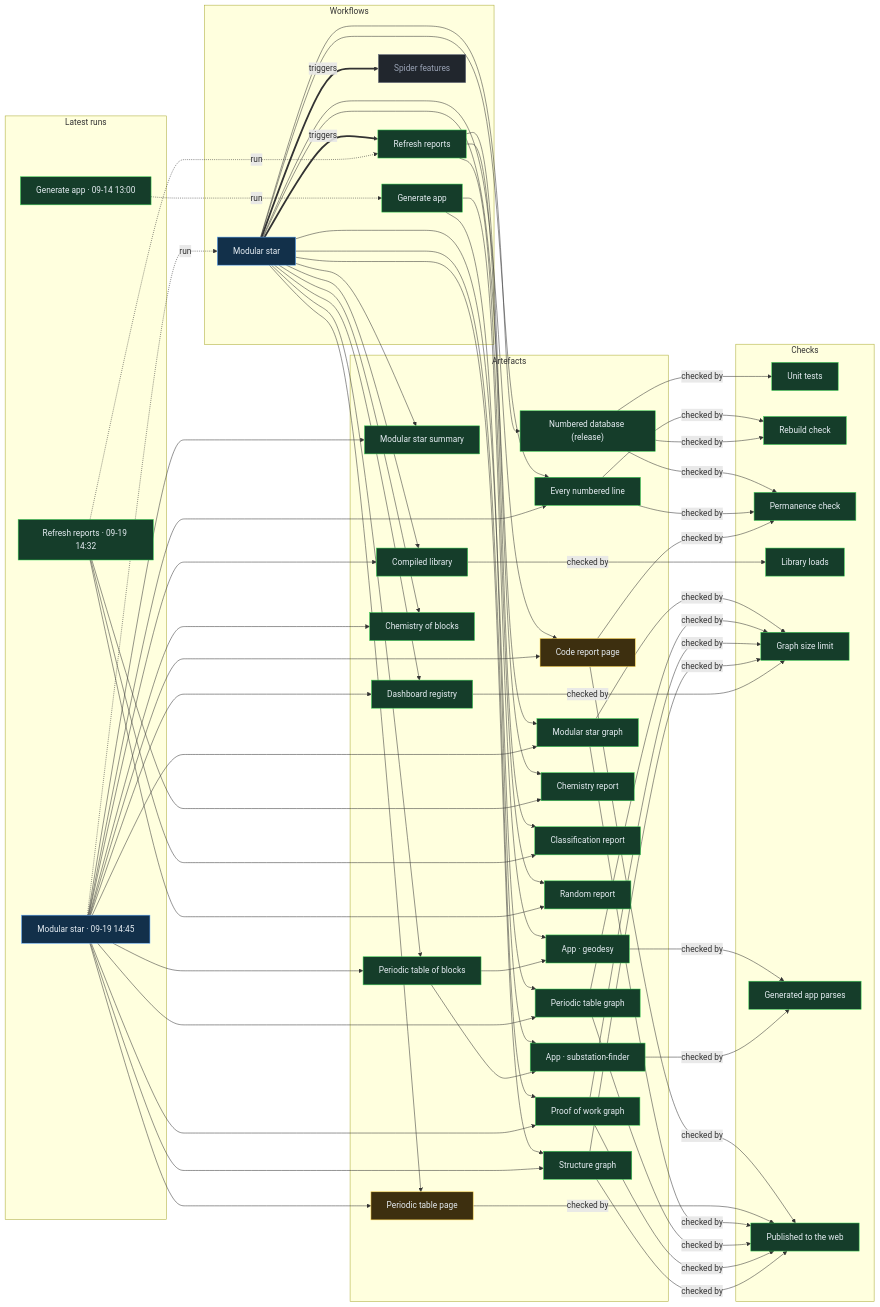
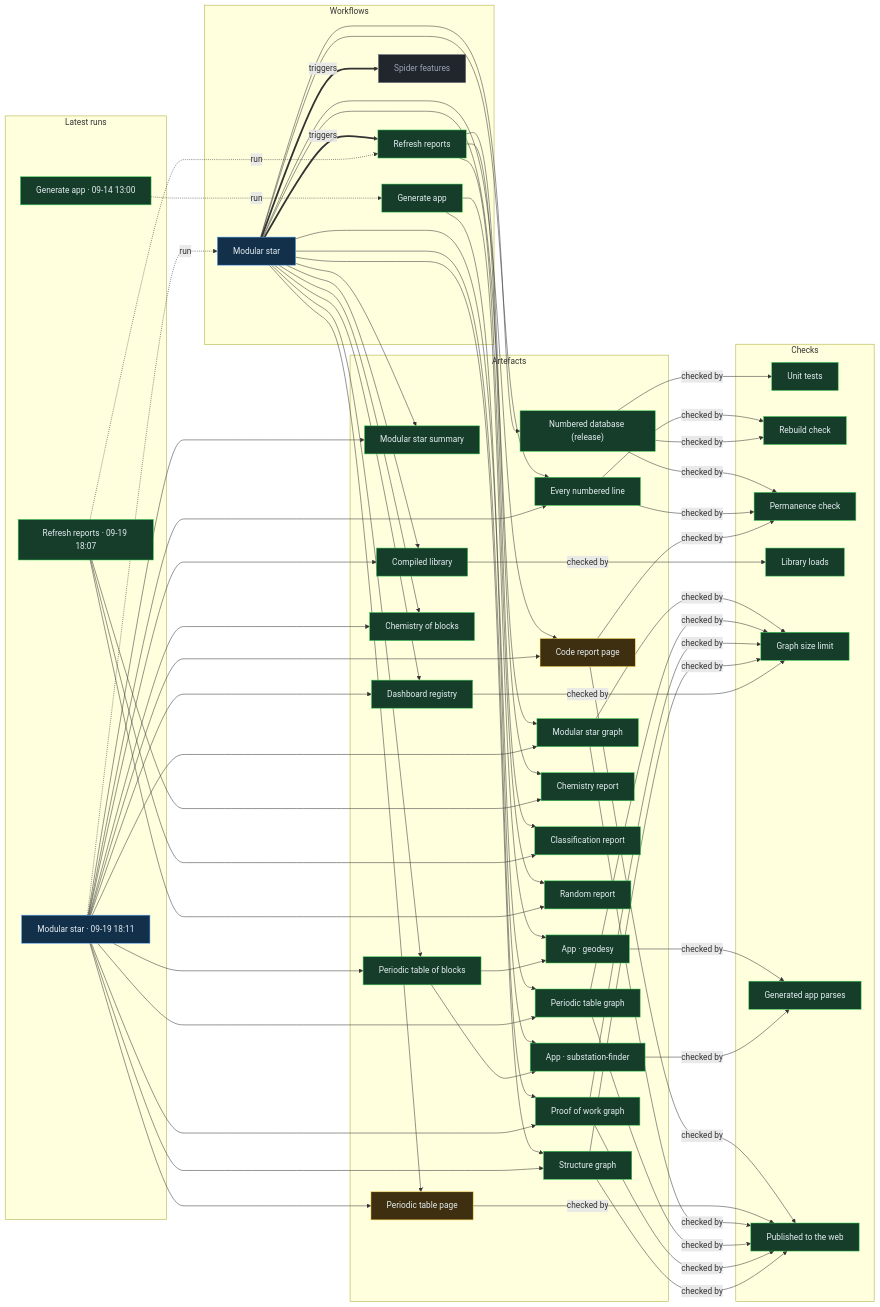
One commit to Ventusltd/stars changed the diagram in proof/PROOF.md. Above: the diagram before and after it, drawn with Mermaid. The commit also changed other lines of this file and 112 other files, not shown here.

Commit message:
Modular star 2026-09-19T18:13Z

```diff
--- a/proof/PROOF.md
+++ b/proof/PROOF.md
@@ -24,8 +24,8 @@
   n_wf_spider_features["Spider features"]:::off
   end
   subgraph g_runs["Latest runs"]
-  n_run_35449683173["Modular star · 09-19 14:45"]:::live
-  n_run_35449031822["Refresh reports · 09-19 14:32"]:::ok
+  n_run_35460411987["Modular star · 09-19 18:11"]:::live
+  n_run_35460194204["Refresh reports · 09-19 18:07"]:::ok
   n_run_34846587798["Generate app · 09-14 13:00"]:::ok
   end
   subgraph g_artefacts["Artefacts"]
@@ -59,39 +59,39 @@
   end
   n_wf_modular_star == triggers ==> n_wf_refresh
   n_wf_modular_star == triggers ==> n_wf_spider_features
-  n_run_35449683173 -. run .-> n_wf_modular_star
-  n_run_35449031822 -. run .-> n_wf_refresh
+  n_run_35460411987 -. run .-> n_wf_modular_star
+  n_run_35460194204 -. run .-> n_wf_refresh
   n_run_34846587798 -. run .-> n_wf_generate
   n_wf_modular_star --> n_art_summary
-  n_run_35449683173 --> n_art_summary
+  n_run_35460411987 --> n_art_summary
   n_wf_modular_star --> n_art_lines
-  n_run_35449683173 --> n_art_lines
+  n_run_35460411987 --> n_art_lines
   n_wf_modular_star --> n_art_code
-  n_run_35449683173 --> n_art_code
+  n_run_35460411987 --> n_art_code
   n_wf_modular_star --> n_art_modular_graph
-  n_run_35449683173 --> n_art_modular_graph
+  n_run_35460411987 --> n_art_modular_graph
   n_wf_modular_star --> n_art_blocks
-  n_run_35449683173 --> n_art_blocks
+  n_run_35460411987 --> n_art_blocks
   n_wf_modular_star --> n_art_table
-  n_run_35449683173 --> n_art_table
+  n_run_35460411987 --> n_art_table
   n_wf_modular_star --> n_art_blocks_graph
-  n_run_35449683173 --> n_art_blocks_graph
+  n_run_35460411987 --> n_art_blocks_graph
   n_wf_modular_star --> n_art_reactions
-  n_run_35449683173 --> n_art_reactions
+  n_run_35460411987 --> n_art_reactions
   n_wf_modular_star --> n_art_library
-  n_run_35449683173 --> n_art_library
+  n_run_35460411987 --> n_art_library
   n_wf_modular_star --> n_art_features
-  n_run_35449683173 --> n_art_features
+  n_run_35460411987 --> n_art_features
   n_wf_modular_star --> n_art_proof
-  n_run_35449683173 --> n_art_proof
+  n_run_35460411987 --> n_art_proof
   n_wf_modular_star --> n_art_structure
-  n_run_35449683173 --> n_art_structure
+  n_run_35460411987 --> n_art_structure
   n_wf_refresh --> n_art_chemistry
-  n_run_35449031822 --> n_art_chemistry
+  n_run_35460194204 --> n_art_chemistry
   n_wf_refresh --> n_art_vedic
-  n_run_35449031822 --> n_art_vedic
+  n_run_35460194204 --> n_art_vedic
   n_wf_refresh --> n_art_random
-  n_run_35449031822 --> n_art_random
+  n_run_35460194204 --> n_art_random
   n_wf_modular_star --> n_art_release
   n_wf_generate --> n_app_geodesy
   n_art_blocks --> n_app_geodesy
```
